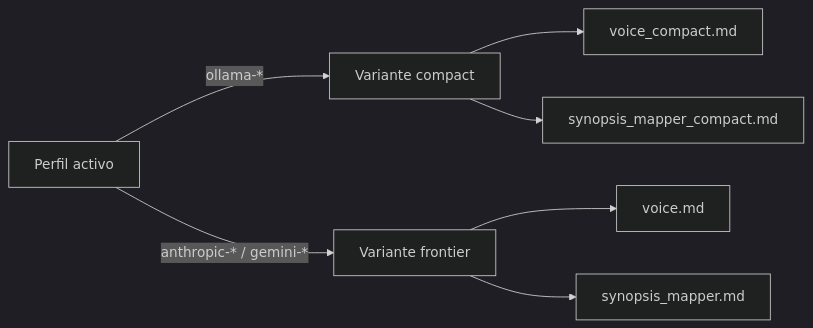
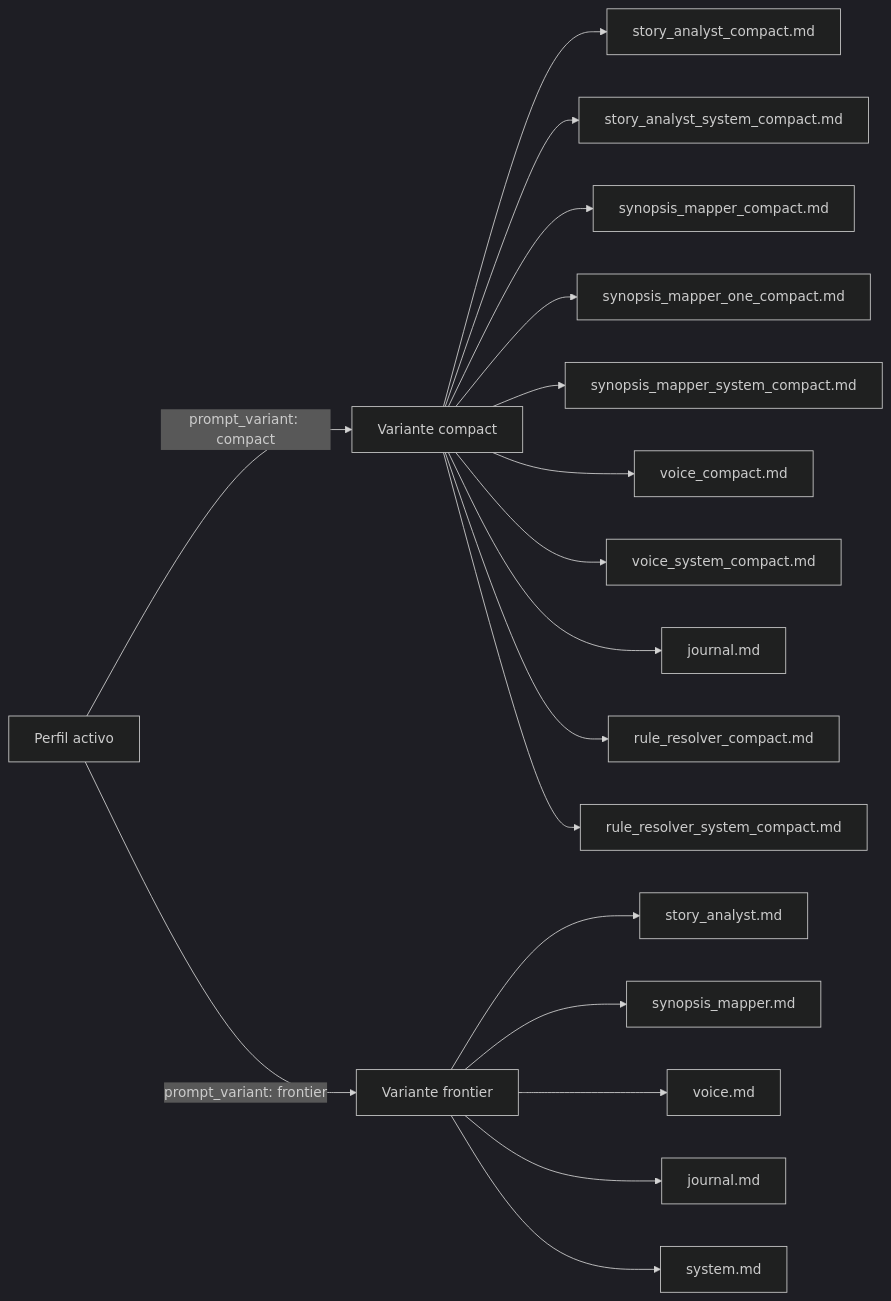
The third of 4 diagrams in README.md (rledesma912/automated_narrative), drawn with Mermaid (dark theme) before and after one commit. The commit also changed other lines of this file and 130 other files, not shown here.

````diff
--- a/README.md
+++ b/README.md
@@ -130,11 +140,22 @@
 ```mermaid
 flowchart LR
-    P[Perfil activo] -->|ollama-*| C[Variante compact]
-    P -->|anthropic-* / gemini-*| F[Variante frontier]
+    P[Perfil activo] -->|prompt_variant: compact| C[Variante compact]
+    P -->|prompt_variant: frontier| F[Variante frontier]
 
-    C --> C1[voice_compact.md]
-    C --> C2[synopsis_mapper_compact.md]
+    C --> CS1[story_analyst_compact.md]
+    C --> CS2[story_analyst_system_compact.md]
+    C --> CSM[synopsis_mapper_compact.md]
+    C --> CSM1[synopsis_mapper_one_compact.md]
+    C --> CSM_SYS[synopsis_mapper_system_compact.md]
+    C --> CV[voice_compact.md]
+    C --> CV_SYS[voice_system_compact.md]
+    C --> CJ[journal.md]
+    C --> CR[rule_resolver_compact.md]
+    C --> CR_SYS[rule_resolver_system_compact.md]
 
-    F --> F1[voice.md]
+    F --> F1[story_analyst.md]
     F --> F2[synopsis_mapper.md]
+    F --> F3[voice.md]
+    F --> F4[journal.md]
+    F --> F5[system.md]
 ```
````
